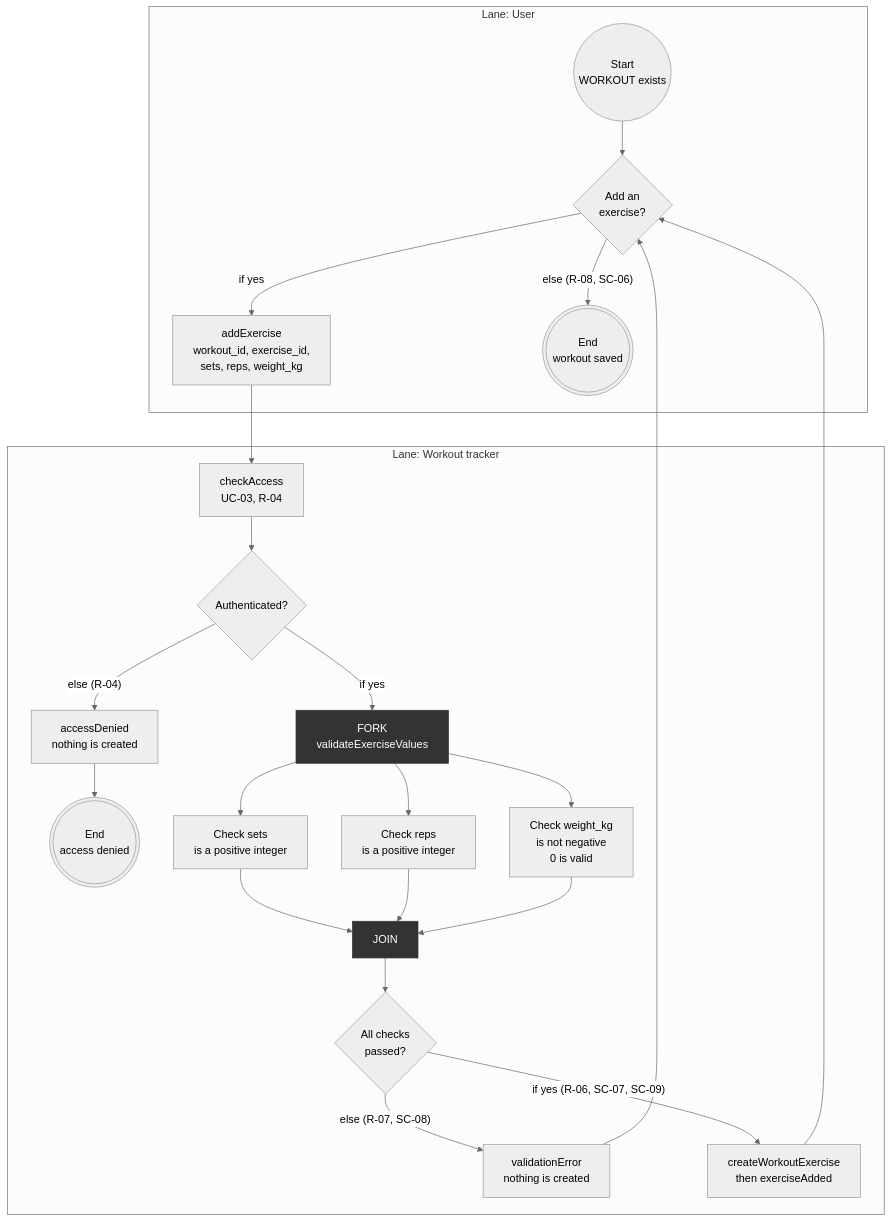
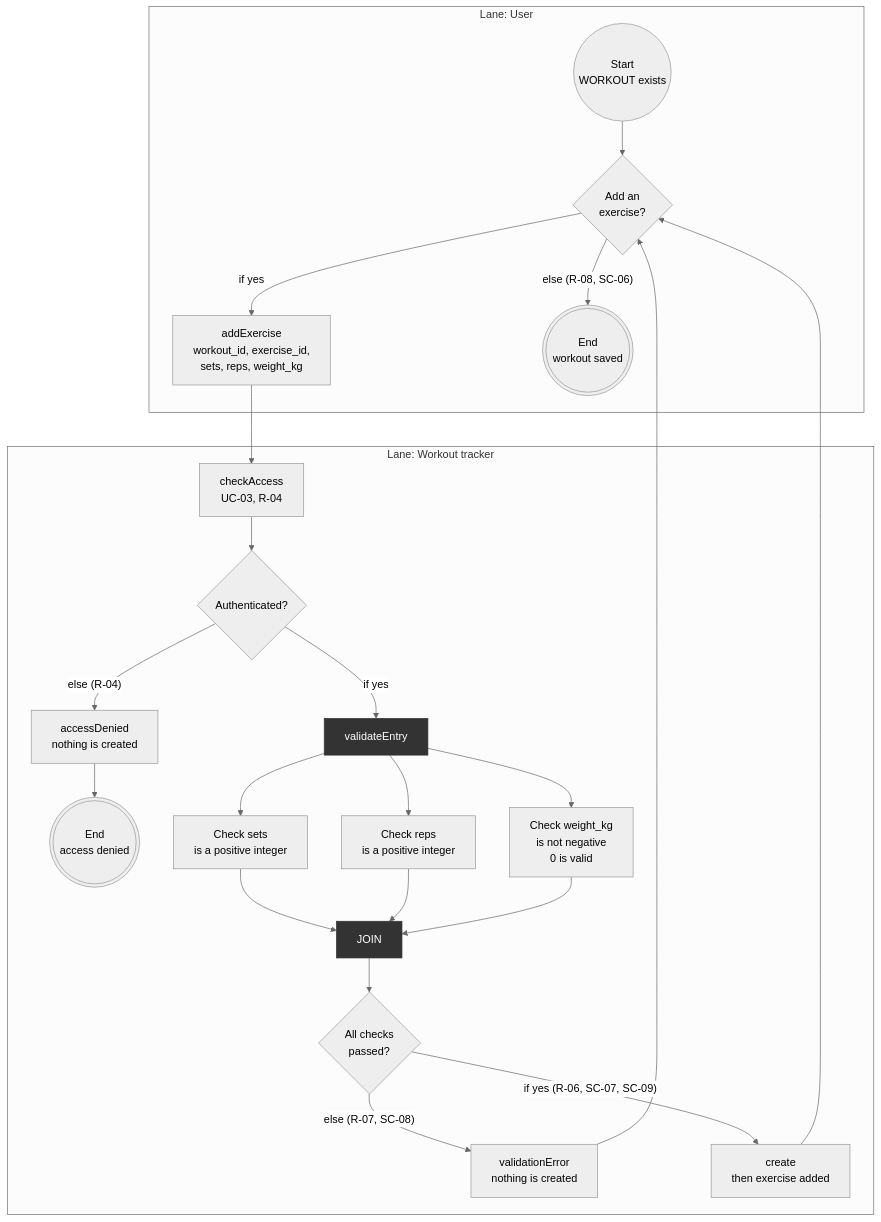
One commit to setlors/kpi-2 changed the diagram in task-4/activity-diagram.mmd. Above: the diagram before and after it, drawn with Mermaid (neutral theme).

Commit message:
update diagram due to changes in task 3

```diff
--- a/task-4/activity-diagram.mmd
+++ b/task-4/activity-diagram.mmd
@@ -1,45 +1,45 @@
 flowchart TB
     subgraph USER["Lane: User"]
         S0(("Start<br/>WORKOUT exists"))
         D1{"Add an<br/>exercise?"}
         A2["addExercise<br/>workout_id, exercise_id,<br/>sets, reps, weight_kg"]
         E1((("End<br/>workout saved")))
     end
 
     subgraph WT["Lane: Workout tracker"]
         A3["checkAccess<br/>UC-03, R-04"]
         D4{"Authenticated?"}
         A5["accessDenied<br/>nothing is created"]
         E2((("End<br/>access denied")))
-        F6["FORK<br/>validateExerciseValues"]
+        F6["validateEntry"]
         A7a["Check sets<br/>is a positive integer"]
         A7b["Check reps<br/>is a positive integer"]
         A7c["Check weight_kg<br/>is not negative<br/>0 is valid"]
         J8["JOIN"]
         D9{"All checks<br/>passed?"}
         A10["validationError<br/>nothing is created"]
-        A11["createWorkoutExercise<br/>then exerciseAdded"]
+        A11["create<br/>then exercise added"]
     end
 
     S0 --> D1
     D1 -- "if yes" --> A2
     D1 -- "else (R-08, SC-06)" --> E1
     A2 --> A3
     A3 --> D4
     D4 -- "if yes" --> F6
     D4 -- "else (R-04)" --> A5
     A5 --> E2
     F6 --> A7a
     F6 --> A7b
     F6 --> A7c
     A7a --> J8
     A7b --> J8
     A7c --> J8
     J8 --> D9
     D9 -- "if yes (R-06, SC-07, SC-09)" --> A11
     D9 -- "else (R-07, SC-08)" --> A10
     A10 --> D1
     A11 --> D1
 
     classDef bar fill:#333,stroke:#333,color:#fff;
     class F6,J8 bar;
```
